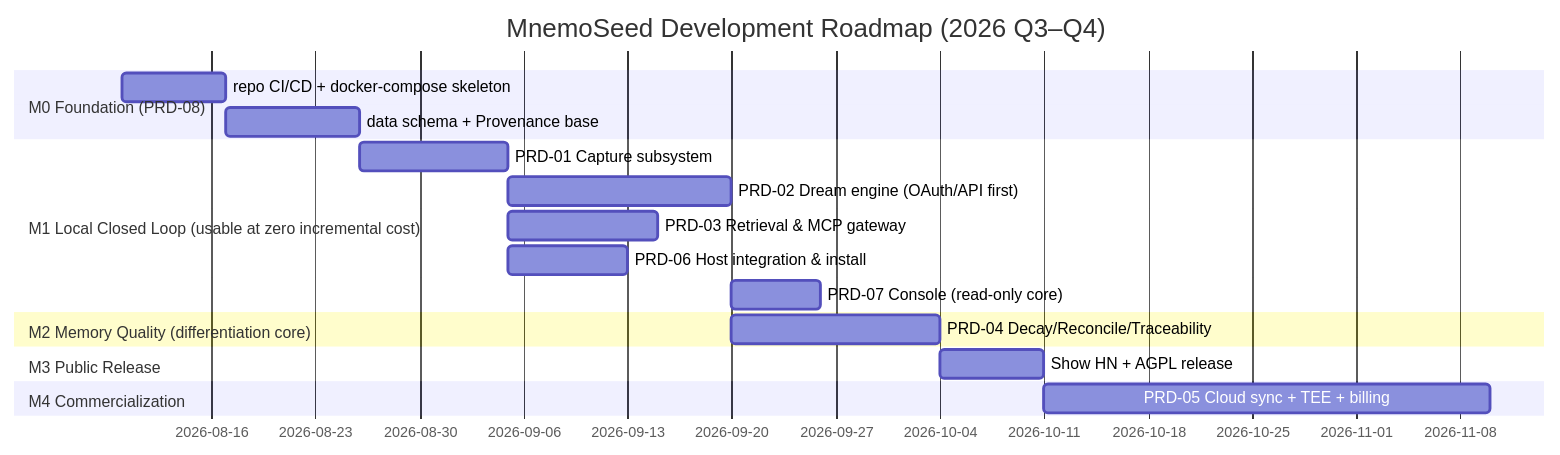
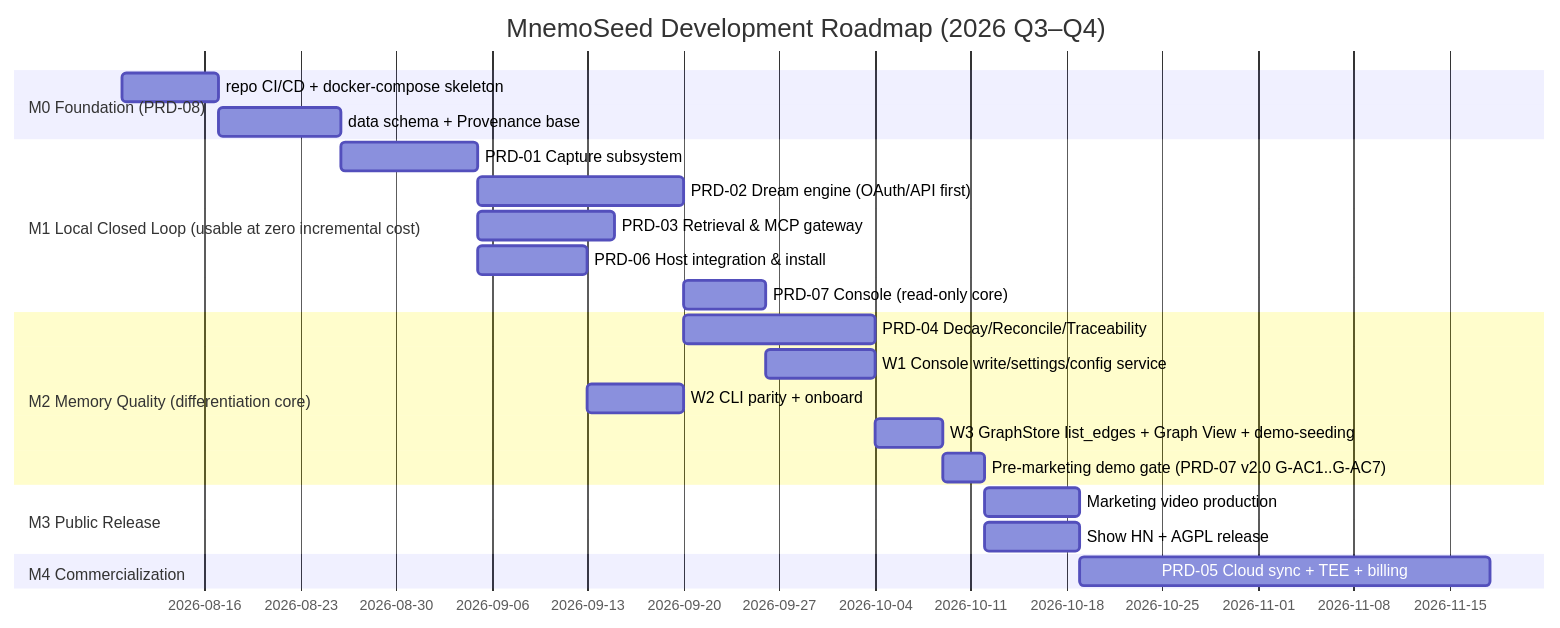
One commit to MnemoSeed/mnemoseed changed the diagram in docs/prd/PRD-00-roadmap.md. Above: the diagram before and after it, drawn with Mermaid. The commit also changed other lines of this file and 16 other files, not shown here.

First line of the commit message:
docs: make console-complete + CLI parity + onboard the pre-marketing demo gate

````diff
--- a/docs/prd/PRD-00-roadmap.md
+++ b/docs/prd/PRD-00-roadmap.md
@@ -8,20 +9,25 @@
 ```mermaid
 gantt
     title MnemoSeed Development Roadmap (2026 Q3–Q4)
     dateFormat  YYYY-MM-DD
     section M0 Foundation (PRD-08)
     repo CI/CD + docker-compose skeleton        :m0a, 2026-08-10, 7d
     data schema + Provenance base               :m0b, after m0a, 9d
     section M1 Local Closed Loop (usable at zero incremental cost)
     PRD-01 Capture subsystem                    :m1a, after m0b, 10d
     PRD-02 Dream engine (OAuth/API first)       :m1b, after m1a, 15d
     PRD-03 Retrieval & MCP gateway              :m1c, after m1a, 10d
     PRD-06 Host integration & install           :m1d, after m1a, 8d
     PRD-07 Console (read-only core)             :m1e, after m1b, 6d
     section M2 Memory Quality (differentiation core)
     PRD-04 Decay/Reconcile/Traceability         :m2a, after m1b, 14d
+    W1 Console write/settings/config service    :w1, after m1e, 8d
+    W2 CLI parity + onboard                     :w2, after m1d, 7d
+    W3 GraphStore list_edges + Graph View + demo-seeding :w3, after m2a, 5d
+    Pre-marketing demo gate (PRD-07 v2.0 G-AC1..G-AC7) :mg, after w3, 3d
     section M3 Public Release
-    Show HN + AGPL release                      :m3a, after m2a, 7d
+    Marketing video production                  :m3v, after mg, 7d
+    Show HN + AGPL release                      :m3a, after mg, 7d
     section M4 Commercialization
     PRD-05 Cloud sync + TEE + billing           :m4a, after m3a, 30d
 ```
````
